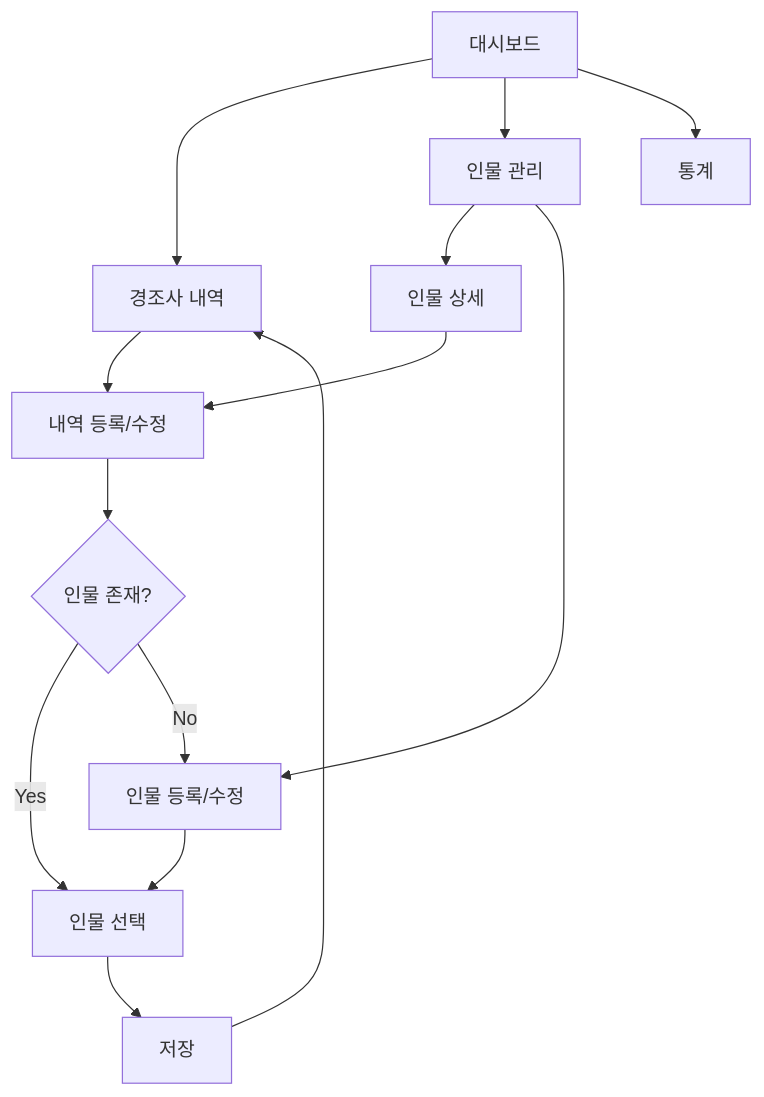
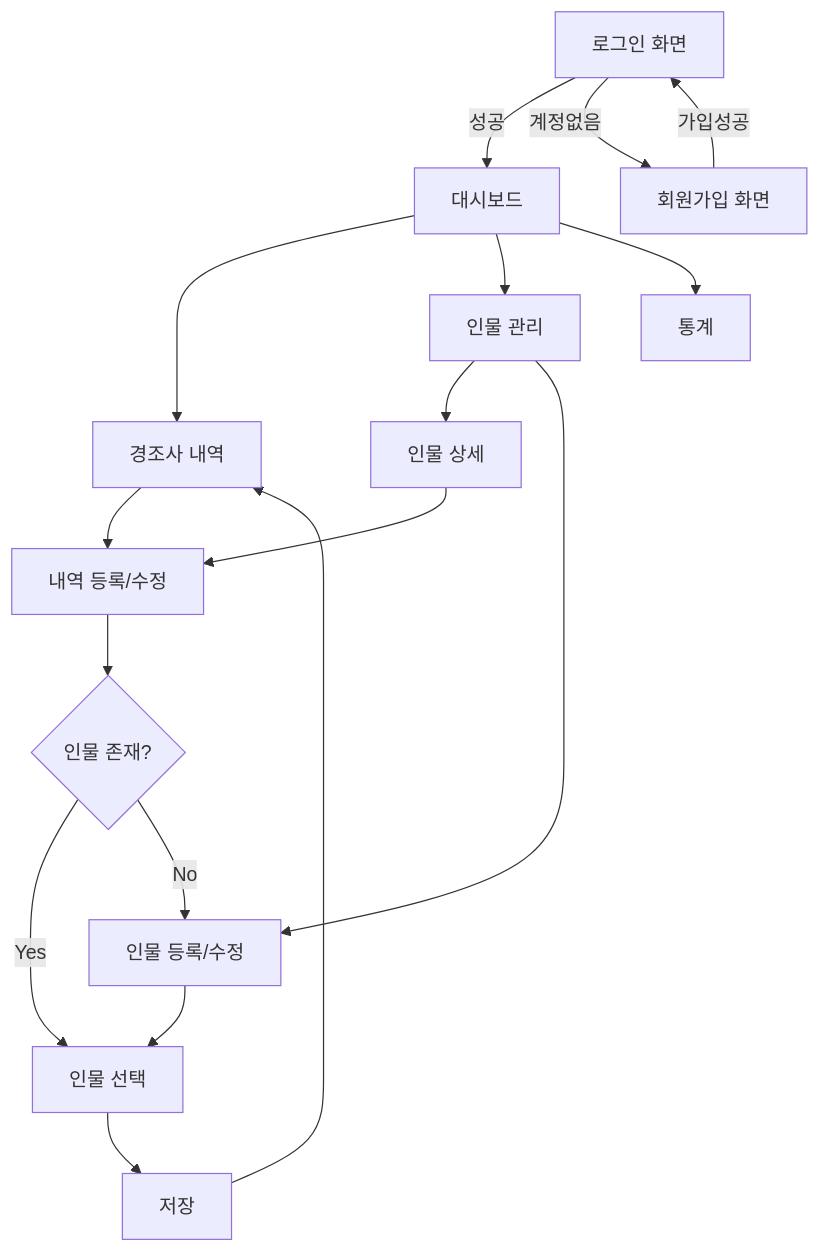
One commit to soms8020/cmoneyBook changed the diagram in docs/06_Requirements_Spec.md. Above: the diagram before and after it, drawn with Mermaid. The commit also changed other lines of this file and 32 other files, not shown here.

````diff
--- a/docs/06_Requirements_Spec.md
+++ b/docs/06_Requirements_Spec.md
@@ -94,16 +104,19 @@
 ```mermaid
 flowchart TD
-    A[대시보드] --> B[경조사 내역]
+    Z[로그인 화면] -->|성공| A[대시보드]
+    Z -->|계정없음| Y[회원가입 화면]
+    Y -->|가입성공| Z
+    A --> B[경조사 내역]
     A --> C[인물 관리]
     A --> D[통계]
     B --> E[내역 등록/수정]
     C --> F[인물 상세]
     C --> G[인물 등록/수정]
     F --> E
     E --> H{인물 존재?}
     H -->|Yes| I[인물 선택]
     H -->|No| G
     G --> I
     I --> J[저장]
     J --> B
 ```
````
